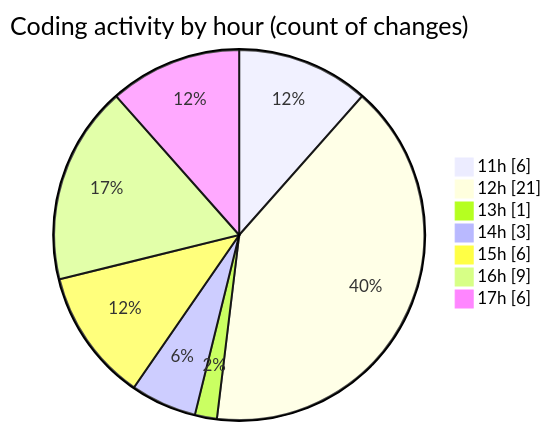
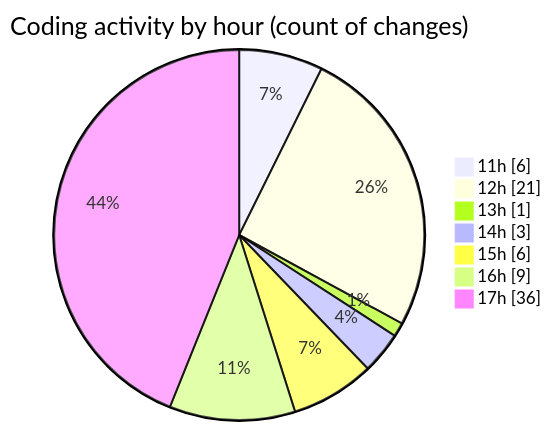
Before and after one commit to nxtqubesakshisongat/code-tracking: the second of 2 diagrams in 2025-04-16/nxtqube_webapp/README.md, drawn with Mermaid. The commit also changed other lines of this file and 1 other file, not shown here.

````diff
--- a/2025-04-16/nxtqube_webapp/README.md
+++ b/2025-04-16/nxtqube_webapp/README.md
@@ -31,11 +33,11 @@
 ```mermaid
 pie showData
 title Coding activity by hour (count of changes)
 "11h" : 6
 "12h" : 21
 "13h" : 1
 "14h" : 3
 "15h" : 6
 "16h" : 9
-"17h" : 6
+"17h" : 36
 ```
````
